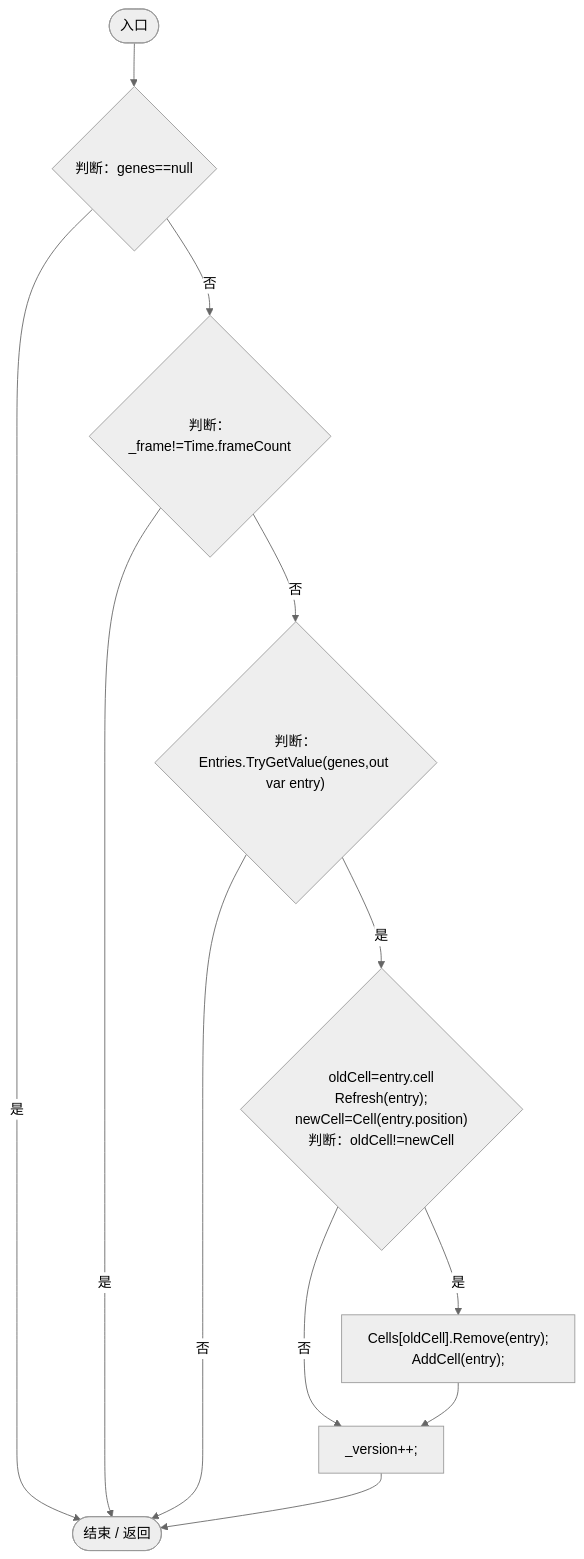
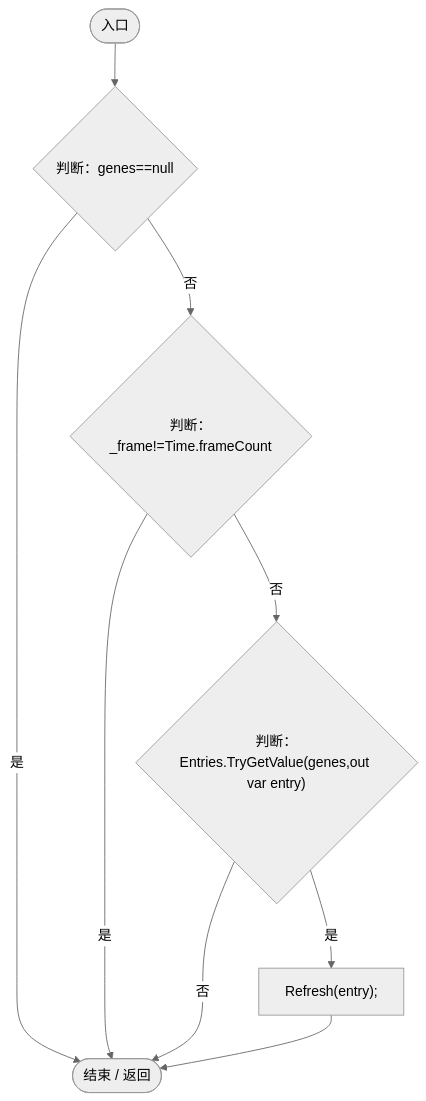
One commit to xhs6666/Darwin_paradise changed diagram 11 of 18 in Docs/运行流程图/脚本/e5e24c4aff0395b1.md. Above: the diagram before and after it, drawn with Mermaid (neutral theme). The commit also changed other lines of this file and 233 other files, not shown here.

````diff
--- a/Docs/运行流程图/脚本/e5e24c4aff0395b1.md
+++ b/Docs/运行流程图/脚本/e5e24c4aff0395b1.md
@@ -324,23 +446,18 @@
 ```mermaid
 flowchart TD
   b0(["入口"])
   b1{"判断：genes==null"}
   b2{"判断：_frame!=Time.frameCount"}
   b3{"判断：Entries.TryGetValue(genes,out var entry)"}
-  b4{"oldCell=entry.cell<br/>Refresh(entry);<br/>newCell=Cell(entry.position)<br/>判断：oldCell!=newCell"}
-  b5["Cells[oldCell].Remove(entry);<br/>AddCell(entry);"]
-  b6["_version++;"]
-  b7(["结束 / 返回"])
+  b4["Refresh(entry);"]
+  b5(["结束 / 返回"])
   b0 --> b1
   b1 -->|"否"| b2
-  b1 -->|"是"| b7
+  b1 -->|"是"| b5
   b2 -->|"否"| b3
-  b2 -->|"是"| b7
-  b3 -->|"否"| b7
+  b2 -->|"是"| b5
+  b3 -->|"否"| b5
   b3 -->|"是"| b4
-  b4 -->|"是"| b5
-  b4 -->|"否"| b6
-  b5 --> b6
-  b6 --> b7
+  b4 --> b5
 
 ```
````
